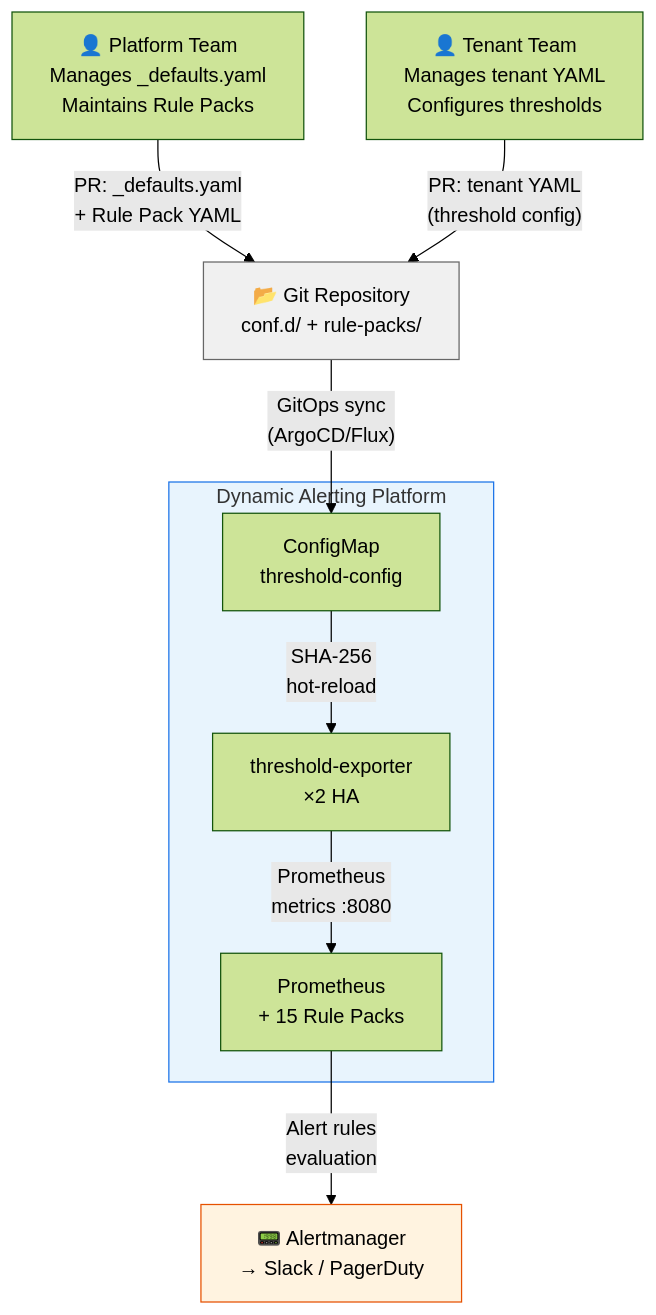
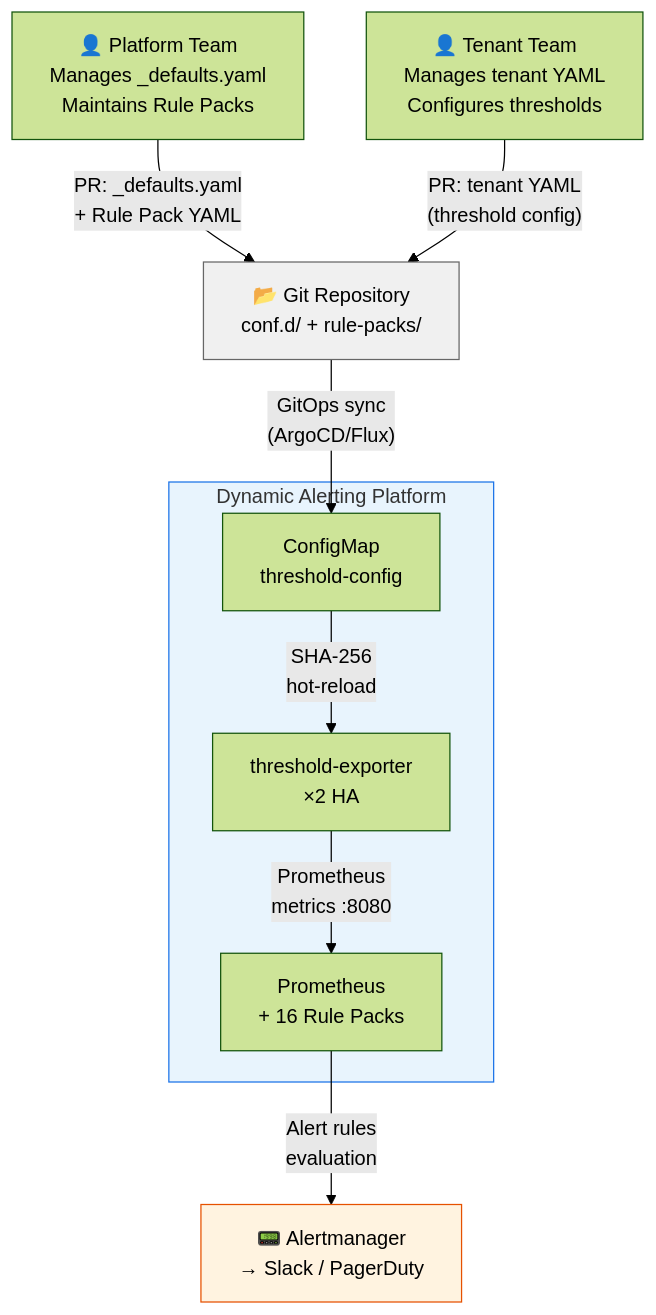
The first of 3 diagrams in docs/architecture-and-design.en.md (vencil/Dynamic-Alerting-Integrations), drawn with Mermaid (forest theme) before and after one commit. The commit also changed other lines of this file and 25 other files, not shown here.

````diff
--- a/docs/architecture-and-design.en.md
+++ b/docs/architecture-and-design.en.md
@@ -56,25 +56,25 @@
 ```mermaid
 graph TB
     PT["👤 Platform Team<br/>Manages _defaults.yaml<br/>Maintains Rule Packs"]
     TT["👤 Tenant Team<br/>Manages tenant YAML<br/>Configures thresholds"]
     Git["📂 Git Repository<br/>conf.d/ + rule-packs/"]
 
     subgraph DAP["Dynamic Alerting Platform"]
         TE["threshold-exporter<br/>×2 HA"]
-        PM["Prometheus<br/>+ 15 Rule Packs"]
+        PM["Prometheus<br/>+ 16 Rule Packs"]
         CM["ConfigMap<br/>threshold-config"]
     end
 
     AM["📟 Alertmanager<br/>→ Slack / PagerDuty"]
 
     PT -->|"PR: _defaults.yaml<br/>+ Rule Pack YAML"| Git
     TT -->|"PR: tenant YAML<br/>(threshold config)"| Git
     Git -->|"GitOps sync<br/>(ArgoCD/Flux)"| CM
     CM -->|"SHA-256<br/>hot-reload"| TE
     TE -->|"Prometheus<br/>metrics :8080"| PM
     PM -->|"Alert rules<br/>evaluation"| AM
 
     style DAP fill:#e8f4fd,stroke:#1a73e8
     style Git fill:#f0f0f0,stroke:#666
     style AM fill:#fff3e0,stroke:#e65100
 ```
````
